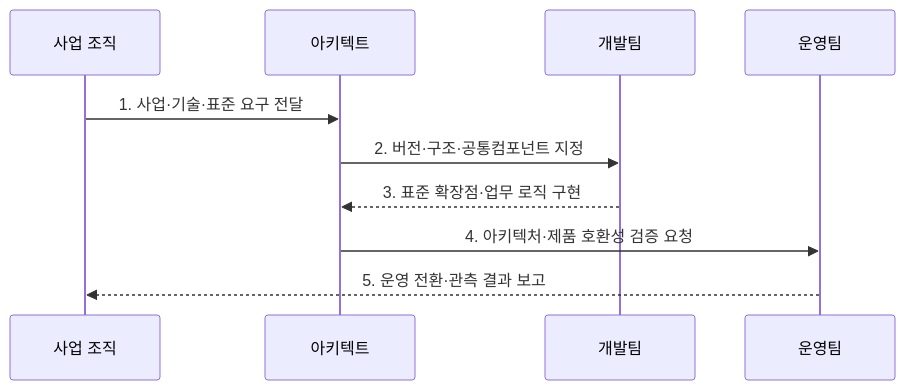
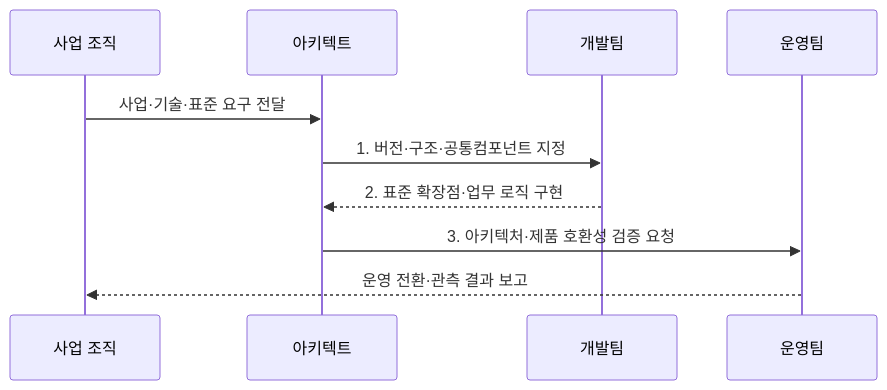
One commit to agnusdei1207/knowledge-base changed the second of 2 diagrams in src/content/docs/notes/07-law-policy/045_egovernment_standard_framework.md. Above: the diagram before and after it, drawn with Mermaid. The commit also changed other lines of this file and 5 other files, not shown here.

````diff
--- a/src/content/docs/notes/07-law-policy/045_egovernment_standard_framework.md
+++ b/src/content/docs/notes/07-law-policy/045_egovernment_standard_framework.md
@@ -77,12 +74,12 @@
 ```mermaid
 sequenceDiagram
     participant O as 사업 조직
     participant A as 아키텍트
     participant D as 개발팀
     participant R as 운영팀
-    O->>A: 1. 사업·기술·표준 요구 전달
-    A->>D: 2. 버전·구조·공통컴포넌트 지정
-    D-->>A: 3. 표준 확장점·업무 로직 구현
-    A->>R: 4. 아키텍처·제품 호환성 검증 요청
-    R-->>O: 5. 운영 전환·관측 결과 보고
+    O->>A: 사업·기술·표준 요구 전달
+    A->>D: 1. 버전·구조·공통컴포넌트 지정
+    D-->>A: 2. 표준 확장점·업무 로직 구현
+    A->>R: 3. 아키텍처·제품 호환성 검증 요청
+    R-->>O: 운영 전환·관측 결과 보고
 ```
````
